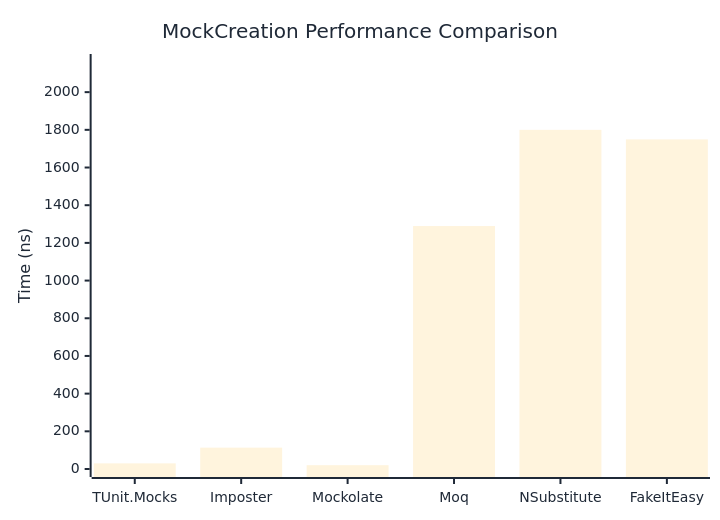
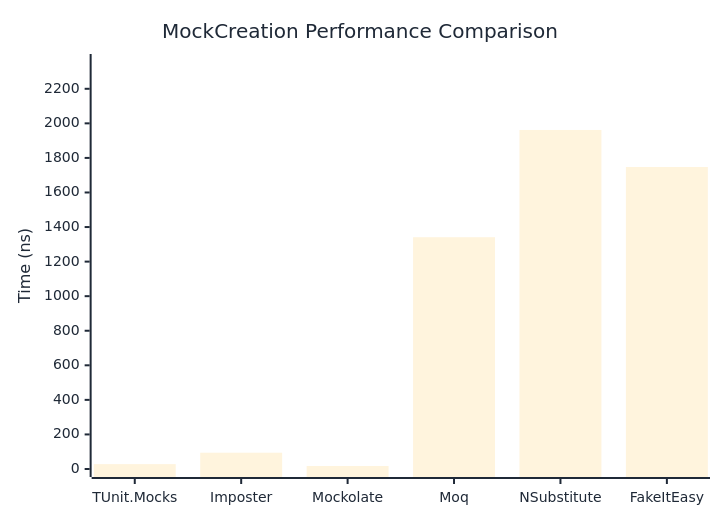
The first of 2 diagrams in docs/docs/benchmarks/mocks/MockCreation.md (thomhurst/TUnit), drawn with Mermaid before and after one commit. The commit also changed other lines of this file and 14 other files, not shown here.

````diff
--- a/docs/docs/benchmarks/mocks/MockCreation.md
+++ b/docs/docs/benchmarks/mocks/MockCreation.md
@@ -30,27 +30,27 @@
 ```mermaid
 %%{init: {
   'theme':'base',
   'themeVariables': {
     'primaryColor': '#2563eb',
     'primaryTextColor': '#1f2937',
     'primaryBorderColor': '#1e40af',
     'lineColor': '#6b7280',
     'secondaryColor': '#7c3aed',
     'tertiaryColor': '#dc2626',
     'background': '#ffffff',
     'pie1': '#2563eb',
     'pie2': '#7c3aed',
     'pie3': '#dc2626',
     'pie4': '#f59e0b',
     'pie5': '#10b981',
     'pie6': '#06b6d4',
     'pie7': '#ec4899',
     'pie8': '#6366f1'
   }
 }}%%
 xychart-beta
   title "MockCreation Performance Comparison"
   x-axis ["TUnit.Mocks", "Imposter", "Mockolate", "Moq", "NSubstitute", "FakeItEasy"]
-  y-axis "Time (ns)" 0 --> 2160
-  bar [29.95, 113.37, 20.25, 1289.44, 1799.99, 1749.31]
+  y-axis "Time (ns)" 0 --> 2355
+  bar [28.14, 94.35, 17.38, 1341.16, 1961.78, 1747.42]
 ```
````
